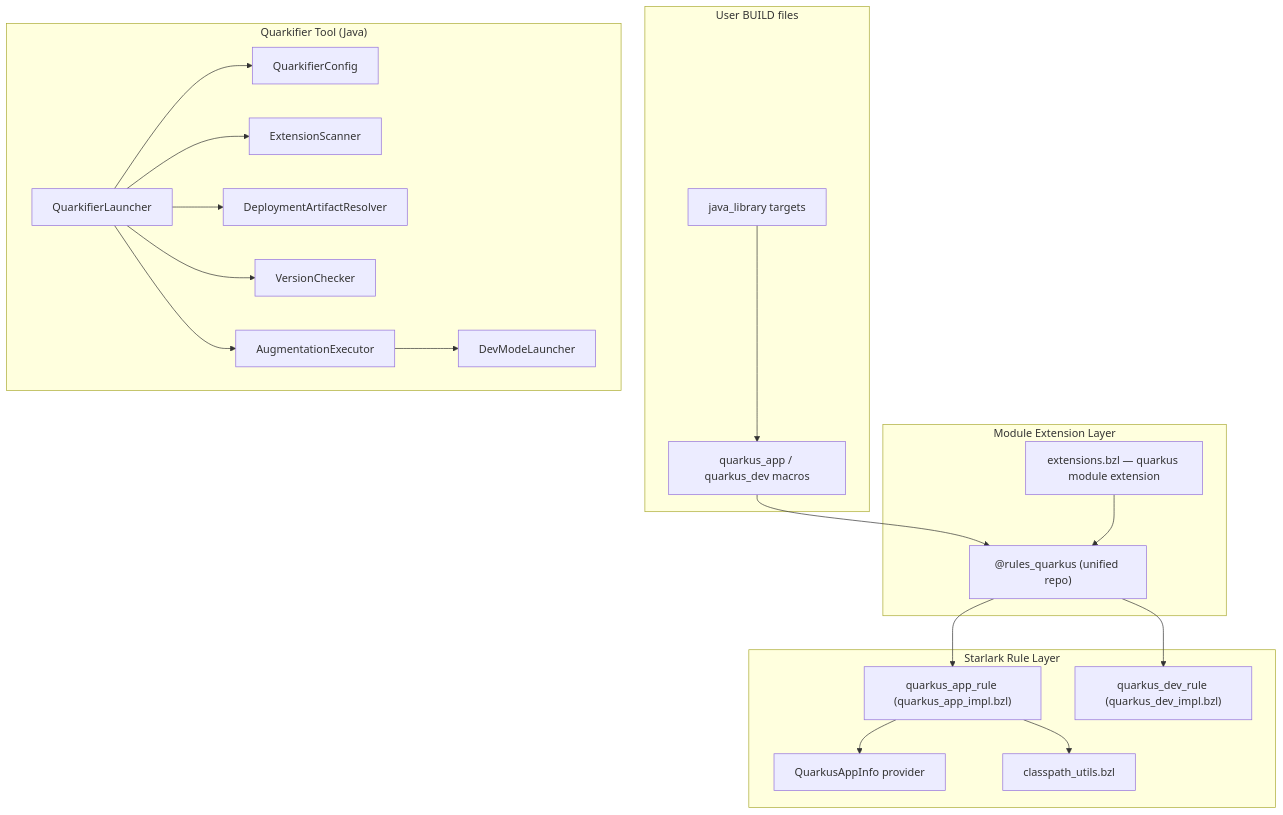
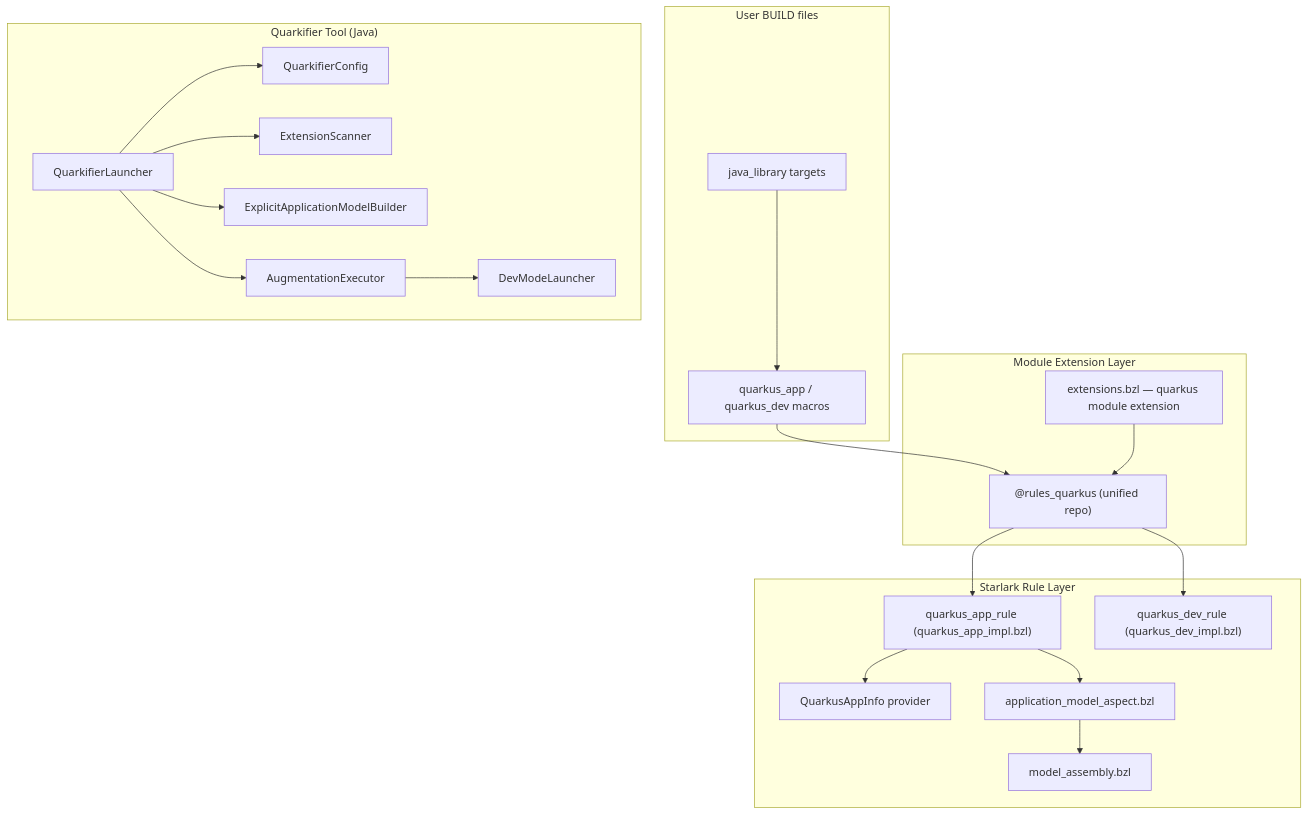
Before and after one commit to clementguillot/rules_quarkus: the first of 2 diagrams in docs/architecture.md, drawn with Mermaid. The commit also changed other lines of this file and 86 other files, not shown here.

First line of the commit message:
feat: replace inferred `ApplicationModel` with explicit Bazel dependency graph (#140)

````diff
--- a/docs/architecture.md
+++ b/docs/architecture.md
@@ -24,43 +25,43 @@
 ```mermaid
 graph TD
     subgraph "User BUILD files"
         JL[java_library targets]
         QA["quarkus_app / quarkus_dev macros"]
     end
 
     subgraph "Starlark Rule Layer"
         QA_IMPL["quarkus_app_rule (quarkus_app_impl.bzl)"]
         QD_IMPL["quarkus_dev_rule (quarkus_dev_impl.bzl)"]
         PROVIDERS["QuarkusAppInfo provider"]
-        CP_UTILS["classpath_utils.bzl"]
+        MODEL_ASPECT["application_model_aspect.bzl"]
+        MODEL_ASSEMBLY["model_assembly.bzl"]
     end
 
     subgraph "Module Extension Layer"
         EXT["extensions.bzl — quarkus module extension"]
         RULES_REPO["@rules_quarkus (unified repo)"]
     end
 
     subgraph "Quarkifier Tool (Java)"
         LAUNCHER["QuarkifierLauncher"]
         CONFIG["QuarkifierConfig"]
         SCANNER["ExtensionScanner"]
-        RESOLVER["DeploymentArtifactResolver"]
-        VCHECK["VersionChecker"]
+        MODEL_ADAPTER["ExplicitApplicationModelBuilder"]
         EXECUTOR["AugmentationExecutor"]
         DEVMODE["DevModeLauncher"]
     end
 
     JL --> QA
     QA --> RULES_REPO
     RULES_REPO --> QA_IMPL
     RULES_REPO --> QD_IMPL
     QA_IMPL --> PROVIDERS
-    QA_IMPL --> CP_UTILS
+    QA_IMPL --> MODEL_ASPECT
+    MODEL_ASPECT --> MODEL_ASSEMBLY
     EXT --> RULES_REPO
     LAUNCHER --> CONFIG
     LAUNCHER --> SCANNER
-    LAUNCHER --> RESOLVER
-    LAUNCHER --> VCHECK
+    LAUNCHER --> MODEL_ADAPTER
     LAUNCHER --> EXECUTOR
     EXECUTOR --> DEVMODE
 ```
````
